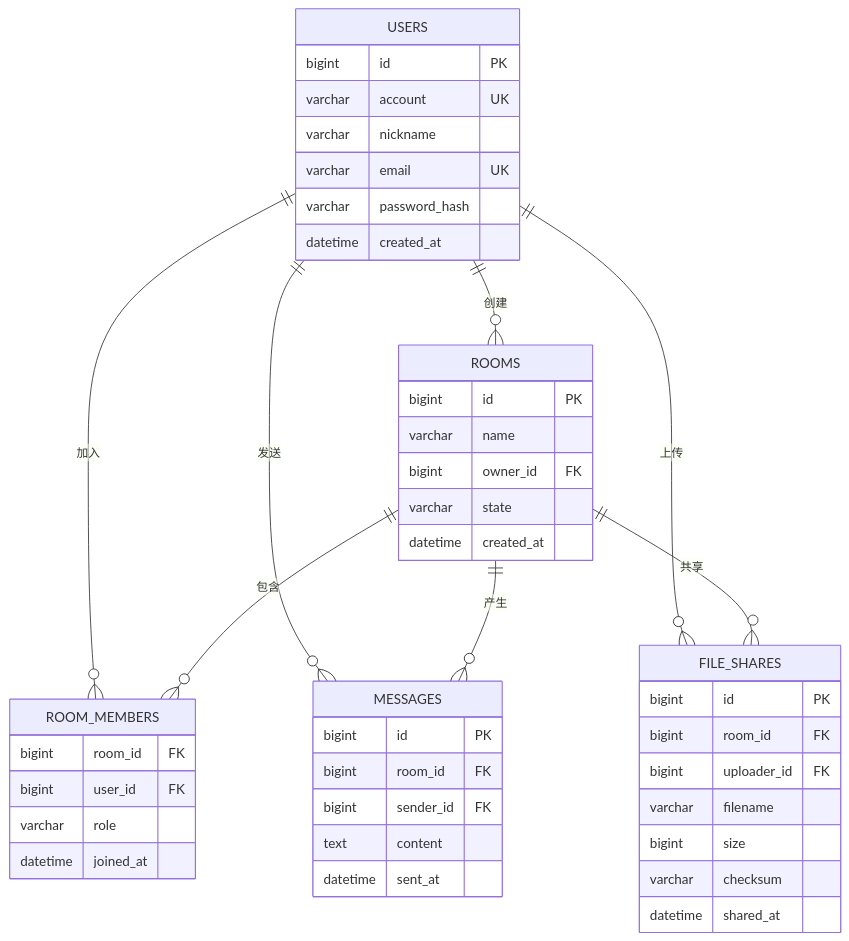
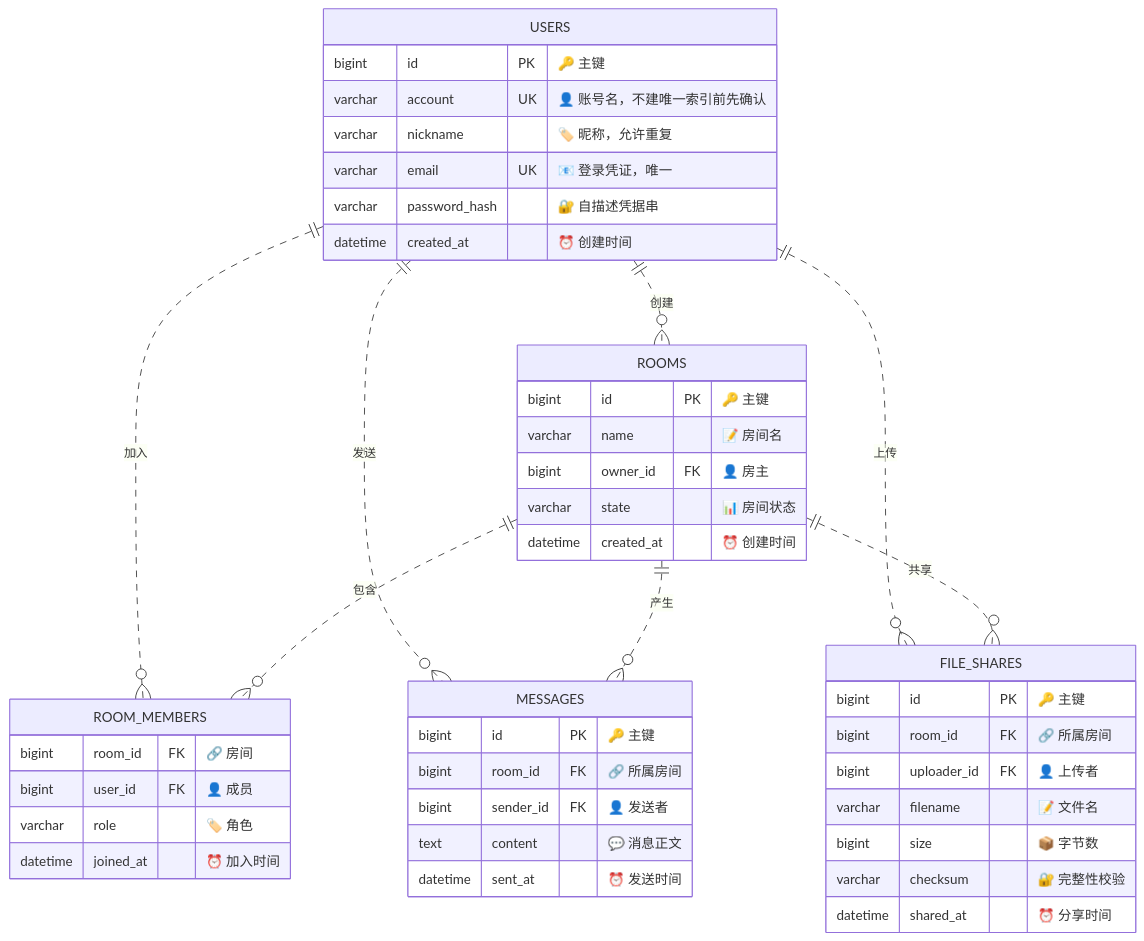
Before and after one commit to xiaofusu123/PrismPlayer: the second of 2 diagrams in docs/markdown/项目计划书.md, drawn with Mermaid. The commit also changed other lines of this file and 8 other files, not shown here.

````diff
--- a/docs/markdown/项目计划书.md
+++ b/docs/markdown/项目计划书.md
@@ -370,51 +365,55 @@
 ```mermaid
 erDiagram
-    accTitle: 服务端 MySQL E-R 图
-    accDescr: 服务端 MySQL 各表及其之间的从属关系。
+    accTitle: 服务端 MySQL 数据模型
+    accDescr: 服务端五张表及其关系，用户创建房间、加入房间、发送消息与上传文件
 
-    USERS ||--o{ ROOMS : "创建"
-    USERS ||--o{ ROOM_MEMBERS : "加入"
-    ROOMS ||--o{ ROOM_MEMBERS : "包含"
-    USERS ||--o{ MESSAGES : "发送"
-    ROOMS ||--o{ MESSAGES : "产生"
-    USERS ||--o{ FILE_SHARES : "上传"
-    ROOMS ||--o{ FILE_SHARES : "共享"
+    USERS ||..o{ ROOMS : "创建"
+    USERS ||..o{ ROOM_MEMBERS : "加入"
+    ROOMS ||..o{ ROOM_MEMBERS : "包含"
+    USERS ||..o{ MESSAGES : "发送"
+    ROOMS ||..o{ MESSAGES : "产生"
+    USERS ||..o{ FILE_SHARES : "上传"
+    ROOMS ||..o{ FILE_SHARES : "共享"
 
     USERS {
-        bigint id PK
-        varchar account UK
-        varchar nickname
-        varchar email UK
-        varchar password_hash
-        datetime created_at
+        bigint id PK "🔑 主键"
+        varchar account UK "👤 账号名，不建唯一索引前先确认"
+        varchar nickname "🏷️ 昵称，允许重复"
+        varchar email UK "📧 登录凭证，唯一"
+        varchar password_hash "🔐 自描述凭据串"
+        datetime created_at "⏰ 创建时间"
     }
+
     ROOMS {
-        bigint id PK
-        varchar name
-        bigint owner_id FK
-        varchar state
-        datetime created_at
+        bigint id PK "🔑 主键"
+        varchar name "📝 房间名"
+        bigint owner_id FK "👤 房主"
+        varchar state "📊 房间状态"
+        datetime created_at "⏰ 创建时间"
     }
+
     ROOM_MEMBERS {
-        bigint room_id FK
-        bigint user_id FK
-        varchar role
-        datetime joined_at
+        bigint room_id FK "🔗 房间"
+        bigint user_id FK "👤 成员"
+        varchar role "🏷️ 角色"
+        datetime joined_at "⏰ 加入时间"
     }
+
     MESSAGES {
-        bigint id PK
-        bigint room_id FK
-        bigint sender_id FK
-        text content
-        datetime sent_at
+        bigint id PK "🔑 主键"
+        bigint room_id FK "🔗 所属房间"
+        bigint sender_id FK "👤 发送者"
+        text content "💬 消息正文"
+        datetime sent_at "⏰ 发送时间"
     }
+
     FILE_SHARES {
-        bigint id PK
-        bigint room_id FK
-        bigint uploader_id FK
-        varchar filename
-        bigint size
-        varchar checksum
-        datetime shared_at
+        bigint id PK "🔑 主键"
+        bigint room_id FK "🔗 所属房间"
+        bigint uploader_id FK "👤 上传者"
+        varchar filename "📝 文件名"
+        bigint size "📦 字节数"
+        varchar checksum "🔐 完整性校验"
+        datetime shared_at "⏰ 分享时间"
     }
 ```
````
